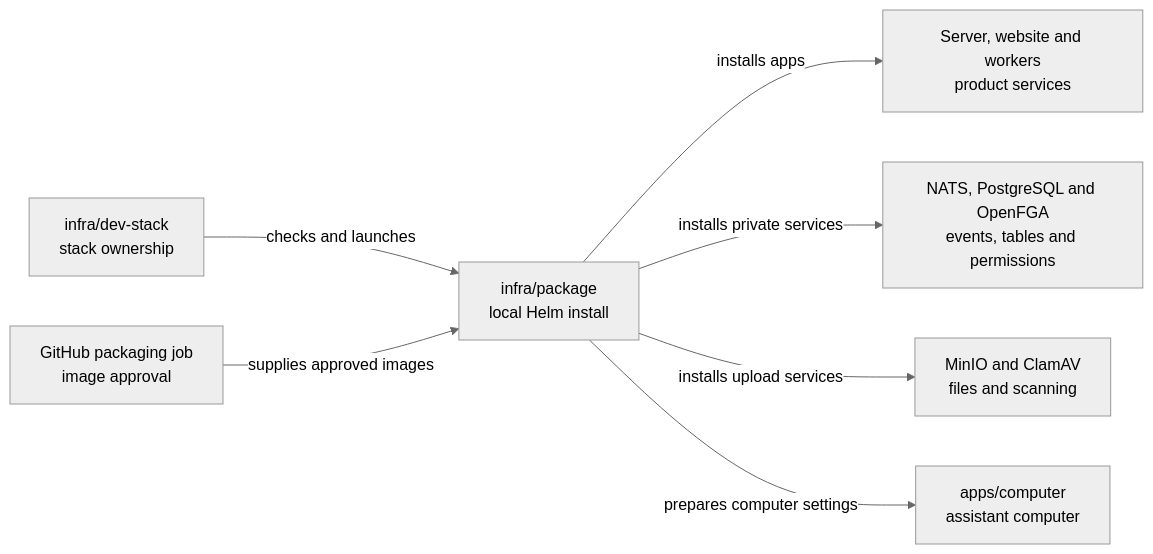
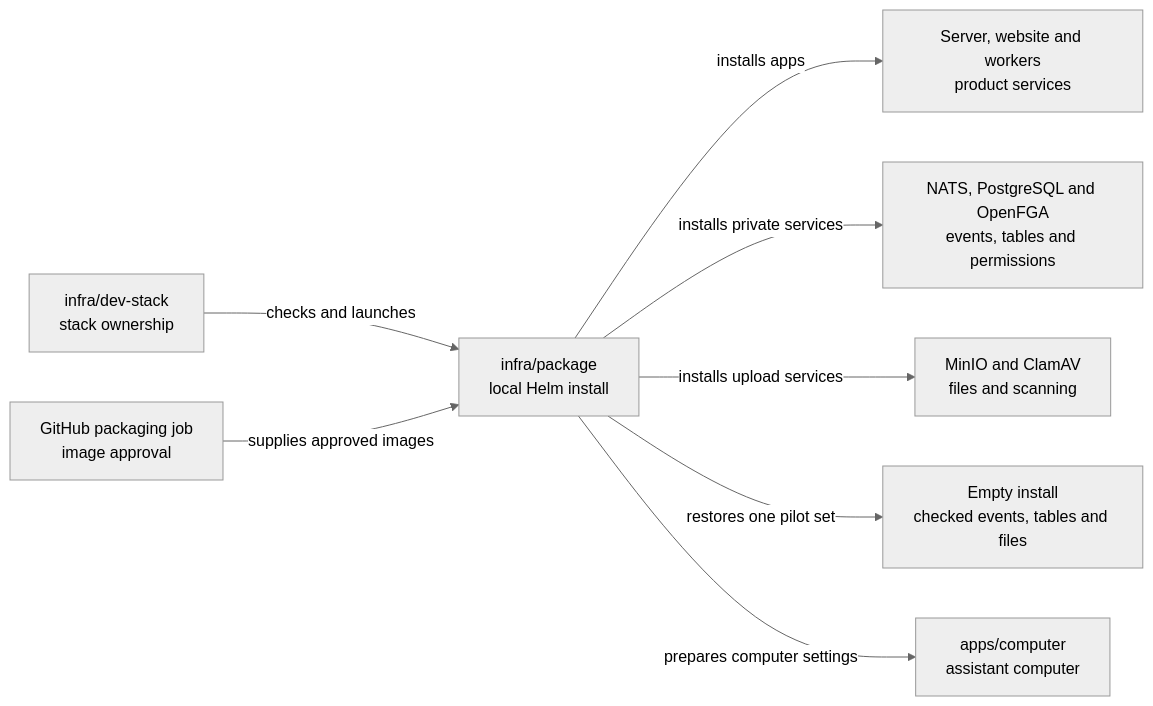
The diagram in infra/package/README.md (elewa-git/opencrane-new), drawn with Mermaid (neutral theme) before and after one commit. The commit also changed other lines of this file and 280 other files, not shown here.

First line of the commit message:
Restore a pilot backup into an empty installation (#1153)

````diff
--- a/infra/package/README.md
+++ b/infra/package/README.md
@@ -18,9 +18,10 @@
 ```mermaid
 flowchart LR
   stack["infra/dev-stack<br/>stack ownership"] -->|checks and launches| package["infra/package<br/>local Helm install"]
   packaging["GitHub packaging job<br/>image approval"] -->|supplies approved images| package
   package -->|installs apps| apps["Server, website and workers<br/>product services"]
   package -->|installs private services| services["NATS, PostgreSQL and OpenFGA<br/>events, tables and permissions"]
   package -->|installs upload services| files["MinIO and ClamAV<br/>files and scanning"]
+  package -->|restores one pilot set| restore["Empty install<br/>checked events, tables and files"]
   package -->|prepares computer settings| computer["apps/computer<br/>assistant computer"]
 ```
````
